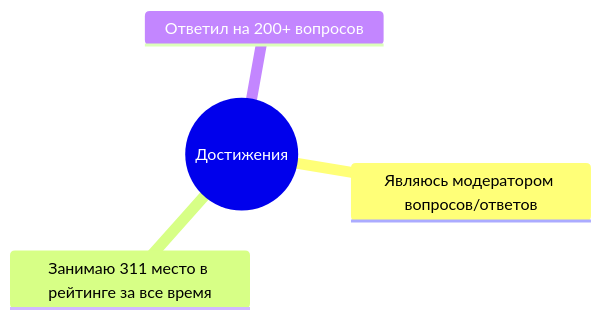
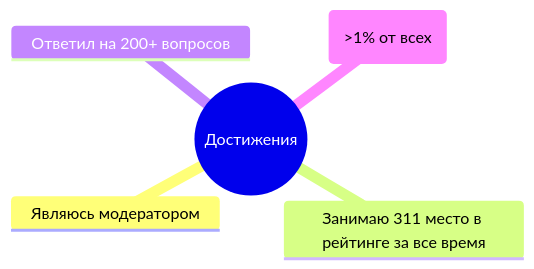
Before and after one commit to Goodzonchik/Goodzonchik: the third of 4 diagrams in README.md, drawn with Mermaid.

````diff
--- a/README.md
+++ b/README.md
@@ -43,7 +43,8 @@
 ```mermaid
 mindmap
   root((Достижения))
-    Являюсь модератором вопросов/ответов
+    Являюсь модератором
     Занимаю 311 место в рейтинге за все время
     Ответил на 200+ вопросов
+    Проверил 5000 сообщений с низкого качества (>1% от всех)
 ```
````
